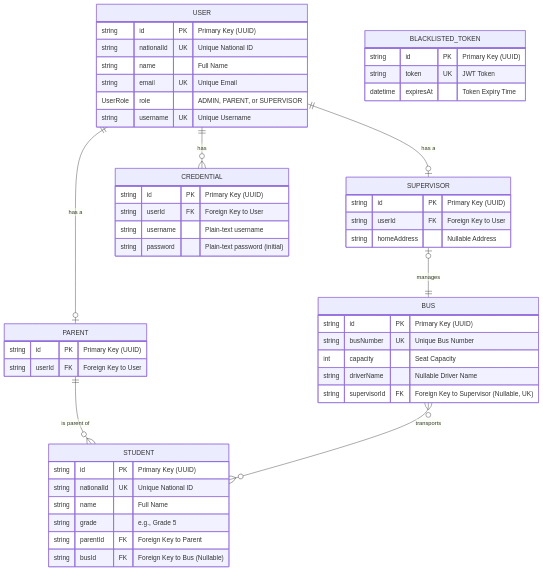
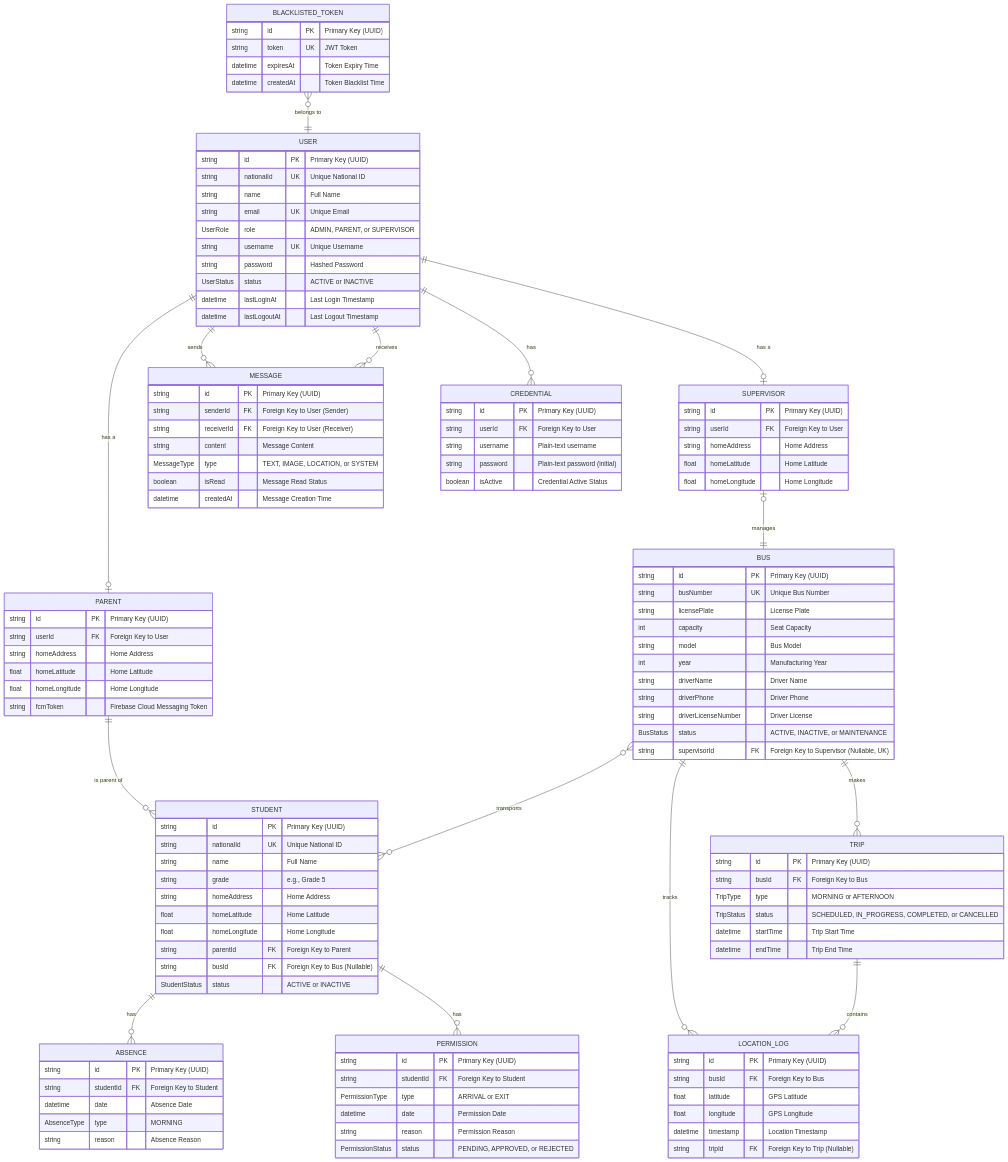
Before and after one commit to AhmedOmani/Smart-Bus: the diagram in docs/diagrams/05_Database_Entity_Relationship_Diagram.md, drawn with Mermaid. The commit also changed other lines of this file and 39 other files, not shown here.

````diff
--- a/docs/diagrams/05_Database_Entity_Relationship_Diagram.md
+++ b/docs/diagrams/05_Database_Entity_Relationship_Diagram.md
@@ -11,17 +11,27 @@
         string email UK "Unique Email"
         UserRole role "ADMIN, PARENT, or SUPERVISOR"
         string username UK "Unique Username"
+        string password "Hashed Password"
+        UserStatus status "ACTIVE or INACTIVE"
+        datetime lastLoginAt "Last Login Timestamp"
+        datetime lastLogoutAt "Last Logout Timestamp"
     }
 
     PARENT {
         string id PK "Primary Key (UUID)"
         string userId FK "Foreign Key to User"
+        string homeAddress "Home Address"
+        float homeLatitude "Home Latitude"
+        float homeLongitude "Home Longitude"
+        string fcmToken "Firebase Cloud Messaging Token"
     }
 
     SUPERVISOR {
         string id PK "Primary Key (UUID)"
         string userId FK "Foreign Key to User"
-        string homeAddress "Nullable Address"
+        string homeAddress "Home Address"
+        float homeLatitude "Home Latitude"
+        float homeLongitude "Home Longitude"
     }
 
     STUDENT {
@@ -29,16 +39,71 @@
         string nationalId UK "Unique National ID"
         string name "Full Name"
         string grade "e.g., Grade 5"
+        string homeAddress "Home Address"
+        float homeLatitude "Home Latitude"
+        float homeLongitude "Home Longitude"
         string parentId FK "Foreign Key to Parent"
         string busId FK "Foreign Key to Bus (Nullable)"
+        StudentStatus status "ACTIVE or INACTIVE"
     }
 
     BUS {
         string id PK "Primary Key (UUID)"
         string busNumber UK "Unique Bus Number"
+        string licensePlate "License Plate"
         int capacity "Seat Capacity"
-        string driverName "Nullable Driver Name"
+        string model "Bus Model"
+        int year "Manufacturing Year"
+        string driverName "Driver Name"
+        string driverPhone "Driver Phone"
+        string driverLicenseNumber "Driver License"
+        BusStatus status "ACTIVE, INACTIVE, or MAINTENANCE"
         string supervisorId FK "Foreign Key to Supervisor (Nullable, UK)"
+    }
+
+    LOCATION_LOG {
+        string id PK "Primary Key (UUID)"
+        string busId FK "Foreign Key to Bus"
+        float latitude "GPS Latitude"
+        float longitude "GPS Longitude"
+        datetime timestamp "Location Timestamp"
+        string tripId FK "Foreign Key to Trip (Nullable)"
+    }
+
+    TRIP {
+        string id PK "Primary Key (UUID)"
+        string busId FK "Foreign Key to Bus"
+        TripType type "MORNING or AFTERNOON"
+        TripStatus status "SCHEDULED, IN_PROGRESS, COMPLETED, or CANCELLED"
+        datetime startTime "Trip Start Time"
+        datetime endTime "Trip End Time"
+    }
+
+    MESSAGE {
+        string id PK "Primary Key (UUID)"
+        string senderId FK "Foreign Key to User (Sender)"
+        string receiverId FK "Foreign Key to User (Receiver)"
+        string content "Message Content"
+        MessageType type "TEXT, IMAGE, LOCATION, or SYSTEM"
+        boolean isRead "Message Read Status"
+        datetime createdAt "Message Creation Time"
+    }
+
+    ABSENCE {
+        string id PK "Primary Key (UUID)"
+        string studentId FK "Foreign Key to Student"
+        datetime date "Absence Date"
+        AbsenceType type "MORNING"
+        string reason "Absence Reason"
+    }
+
+    PERMISSION {
+        string id PK "Primary Key (UUID)"
+        string studentId FK "Foreign Key to Student"
+        PermissionType type "ARRIVAL or EXIT"
+        datetime date "Permission Date"
+        string reason "Permission Reason"
+        PermissionStatus status "PENDING, APPROVED, or REJECTED"
     }
 
     CREDENTIAL {
@@ -46,18 +111,37 @@
         string userId FK "Foreign Key to User"
         string username "Plain-text username"
         string password "Plain-text password (initial)"
+        boolean isActive "Credential Active Status"
     }
     
     BLACKLISTED_TOKEN {
         string id PK "Primary Key (UUID)"
         string token UK "JWT Token"
         datetime expiresAt "Token Expiry Time"
+        datetime createdAt "Token Blacklist Time"
     }
 
+    %% Core User Relationships
     USER ||--o| PARENT : "has a"
     USER ||--o| SUPERVISOR : "has a"
     USER ||--o{ CREDENTIAL : "has"
+    USER ||--o{ MESSAGE : "sends"
+    USER ||--o{ MESSAGE : "receives"
+
+    %% Student Relationships
     PARENT ||--o{ STUDENT : "is parent of"
+    STUDENT ||--o{ ABSENCE : "has"
+    STUDENT ||--o{ PERMISSION : "has"
+
+    %% Bus Relationships
     SUPERVISOR |o--|| BUS : "manages"
     BUS }o--o{ STUDENT : "transports"
-``` 
+    BUS ||--o{ LOCATION_LOG : "tracks"
+    BUS ||--o{ TRIP : "makes"
+
+    %% Location & Trip Relationships
+    TRIP ||--o{ LOCATION_LOG : "contains"
+
+    %% Authentication
+    BLACKLISTED_TOKEN }o--|| USER : "belongs to"
+```
````
